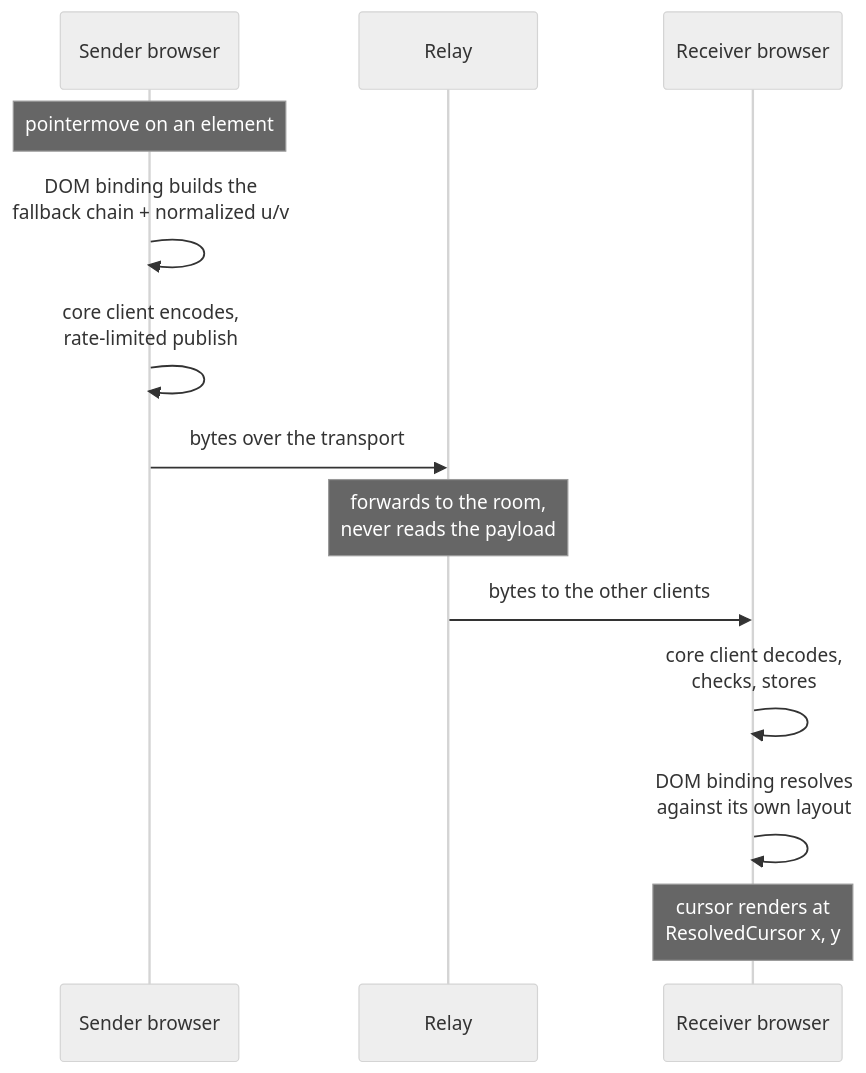
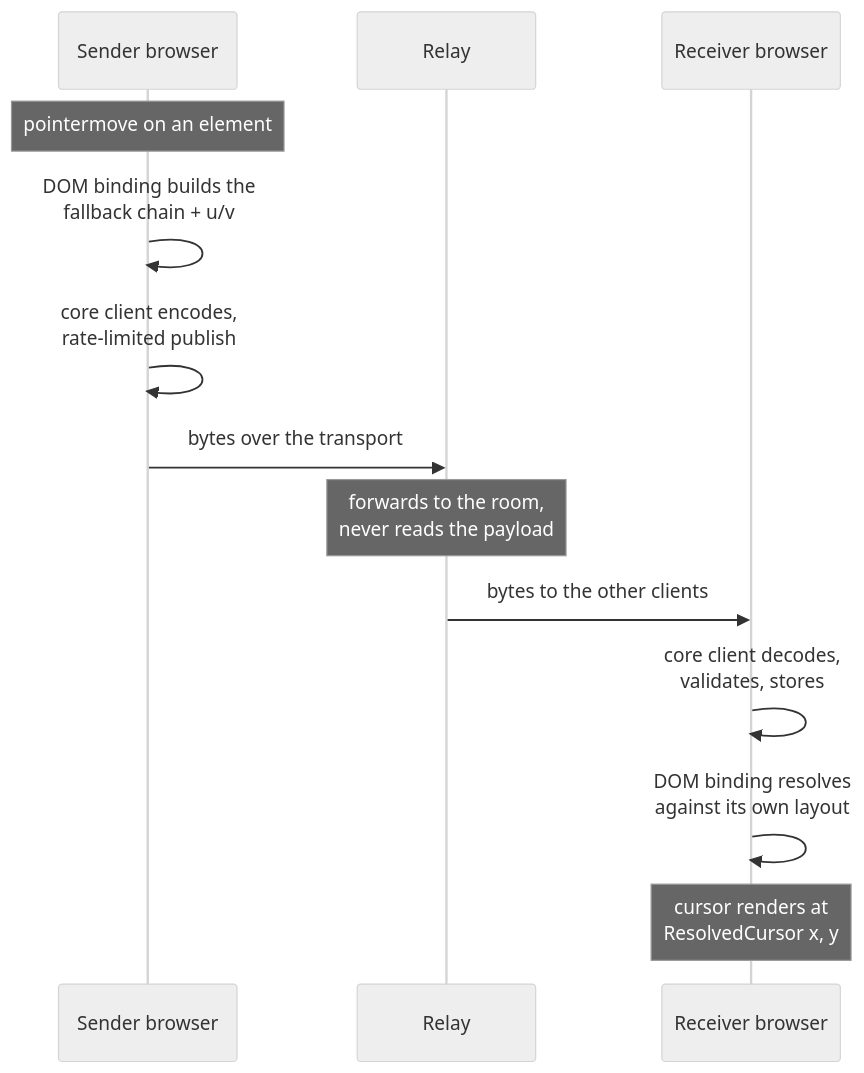
The second of 2 diagrams in apps/docs/content/docs/get-started/concepts/how-it-works.mdx (DammersCode/anchor-presence), drawn with Mermaid (neutral theme) before and after one commit. The commit also changed other lines of this file and 148 other files, not shown here.

````diff
--- a/apps/docs/content/docs/get-started/concepts/how-it-works.mdx
+++ b/apps/docs/content/docs/get-started/concepts/how-it-works.mdx
@@ -43,18 +38,18 @@
 ```mermaid
 sequenceDiagram
-    accTitle: Sender to receiver flow
+    accTitle: Path of one pointer move
     accDescr: The sender encodes a pointer move as a fallback chain and sends the bytes to the relay. The relay forwards them to the room. The receiver decodes them and resolves the cursor against its own layout.
     participant S as Sender browser
     participant R as Relay
     participant V as Receiver browser
 
     Note over S: pointermove on an element
-    S->>S: DOM binding builds the<br/>fallback chain + normalized u/v
+    S->>S: DOM binding builds the<br/>fallback chain + u/v
     S->>S: core client encodes,<br/>rate-limited publish
     S->>R: bytes over the transport
     Note over R: forwards to the room,<br/>never reads the payload
     R->>V: bytes to the other clients
-    V->>V: core client decodes,<br/>checks, stores
+    V->>V: core client decodes,<br/>validates, stores
     V->>V: DOM binding resolves<br/>against its own layout
     Note over V: cursor renders at<br/>ResolvedCursor x, y
 ```
````
